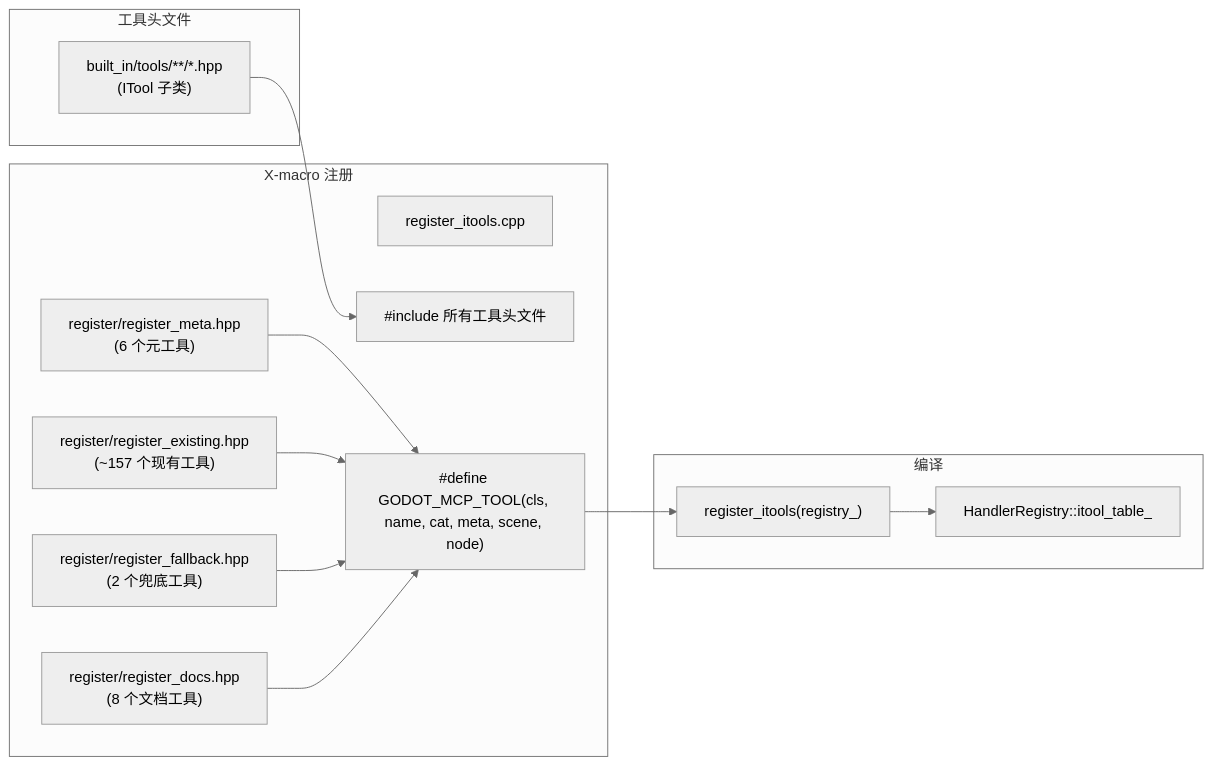
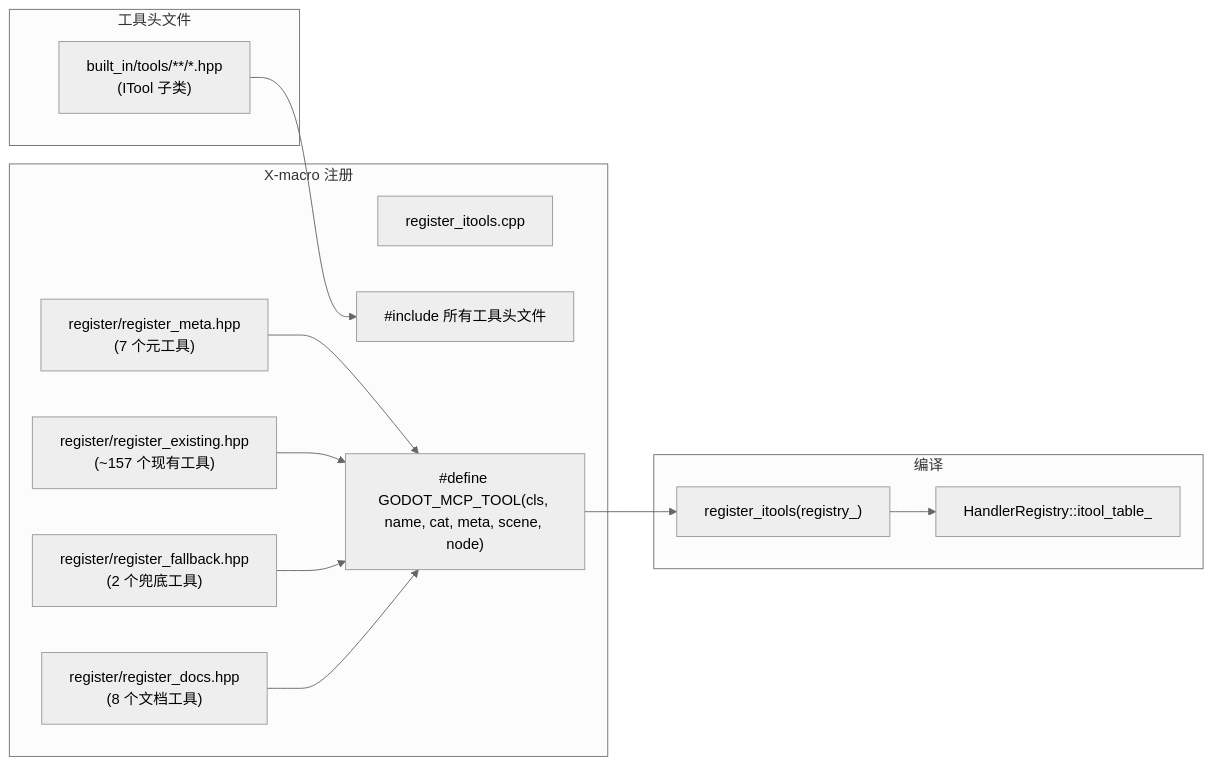
One commit to jesspig/GodotMCP-GDExtension changed the first of 2 diagrams in .repo_wiki/modules/x-macro-registration.md. Above: the diagram before and after it, drawn with Mermaid (neutral theme). The commit also changed other lines of this file and 36 other files, not shown here.

````diff
--- a/.repo_wiki/modules/x-macro-registration.md
+++ b/.repo_wiki/modules/x-macro-registration.md
@@ -7,26 +7,26 @@
 ```mermaid
 flowchart LR
     subgraph Headers["工具头文件"]
         HPP["built_in/tools/**/*.hpp<br/>(ITool 子类)"]
     end
     subgraph XMacro["X-macro 注册"]
         REGCPP["register_itools.cpp"]
         INCLUDE["#include 所有工具头文件"]
         MACRO["#define GODOT_MCP_TOOL(cls, name, cat, meta, scene, node)"]
-        REGMETA["register/register_meta.hpp<br/>(6 个元工具)"]
+        REGMETA["register/register_meta.hpp<br/>(7 个元工具)"]
         REGEXIST["register/register_existing.hpp<br/>(~157 个现有工具)"]
         REGFALL["register/register_fallback.hpp<br/>(2 个兜底工具)"]
         REGDOCS["register/register_docs.hpp<br/>(8 个文档工具)"]
     end
     subgraph Compile["编译"]
         CALL["register_itools(registry_)"]
         ITBL["HandlerRegistry::itool_table_"]
     end
     HPP --> INCLUDE
     REGMETA --> MACRO
     REGEXIST --> MACRO
     REGFALL --> MACRO
     REGDOCS --> MACRO
     MACRO --> CALL
     CALL --> ITBL
 ```
````
